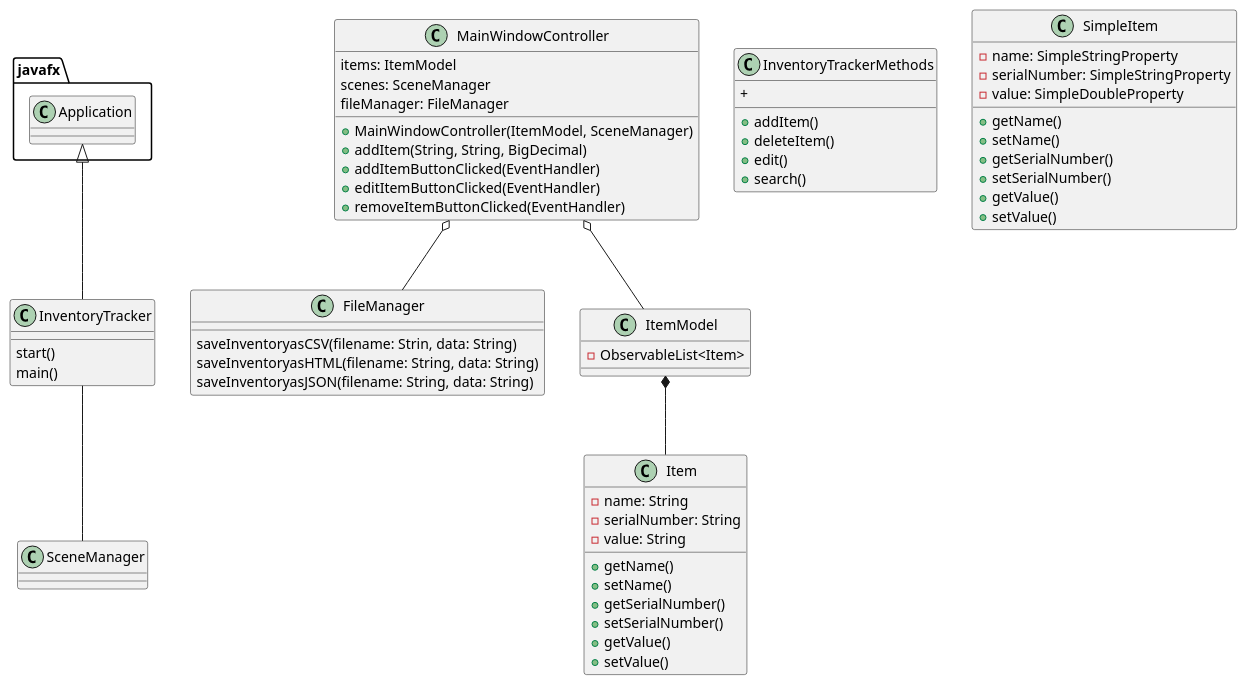
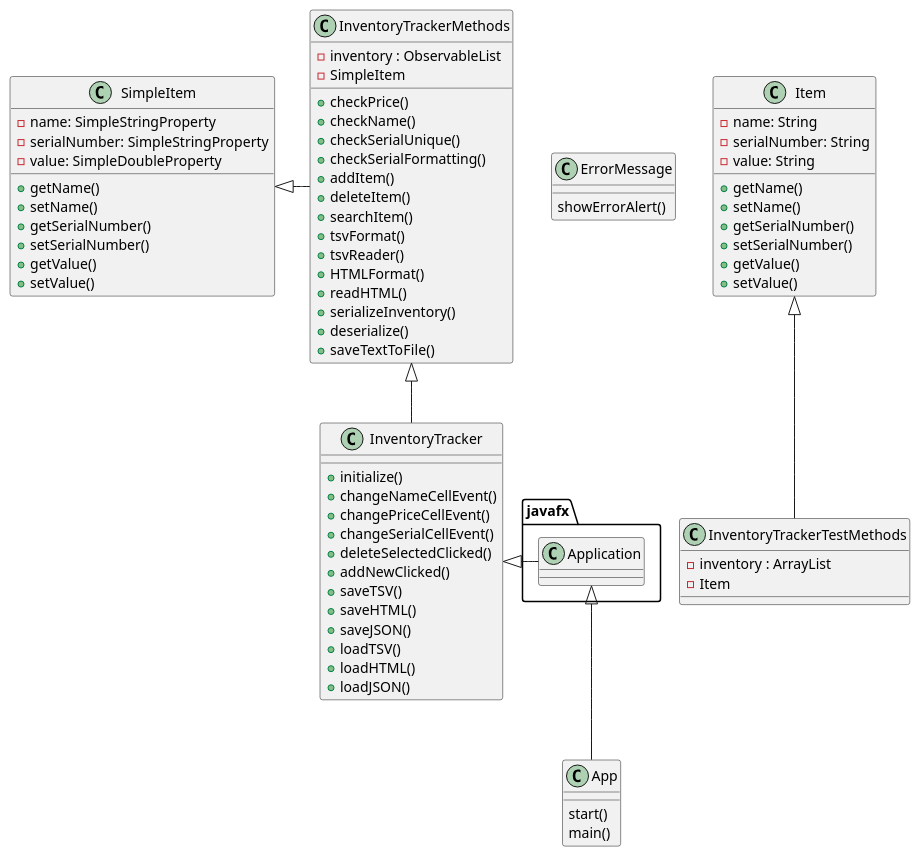
The diagram in uml/diagram.puml (k-narotam/Inventory-Tracker), drawn with PlantUML before and after one commit. The commit also changed 5 other files, not shown here.

```diff
--- a/uml/diagram.puml
+++ b/uml/diagram.puml
@@ -1,77 +1,83 @@
 @startuml
 'https://plantuml.com/class-diagram
 
-class InventoryTracker {
+class App {
     start()
     main()
 }
 
-class MainWindowController {
-    items: ItemModel
-    scenes: SceneManager
-    fileManager: FileManager
-    + MainWindowController(ItemModel, SceneManager)
-    + addItem(String, String, BigDecimal)
-    + addItemButtonClicked(EventHandler)
-    + editItemButtonClicked(EventHandler)
-    + removeItemButtonClicked(EventHandler)
+class ErrorMessage {
+    showErrorAlert()
+}
 
+class InventoryTracker {
+    + initialize()
+    + changeNameCellEvent()
+    + changePriceCellEvent()
+    + changeSerialCellEvent()
+    + deleteSelectedClicked()
+    + addNewClicked()
+    + saveTSV()
+    + saveHTML()
+    + saveJSON()
+    + loadTSV()
+    + loadHTML()
+    +loadJSON()
 }
 
 class InventoryTrackerMethods {
-    +addItem()
-    +deleteItem()
-    +edit()
-    +search()
-    +
-
-
+    - inventory : ObservableList
+    - SimpleItem
+    + checkPrice()
+    + checkName()
+    + checkSerialUnique()
+    + checkSerialFormatting()
+    + addItem()
+    + deleteItem()
+    + searchItem()
+    + tsvFormat()
+    + tsvReader()
+    + HTMLFormat()
+    + readHTML()
+    + serializeInventory()
+    + deserialize()
+    + saveTextToFile()
 }
 
-
-class FileManager {
-    saveInventoryasCSV(filename: Strin, data: String)
-    saveInventoryasHTML(filename: String, data: String)
-    saveInventoryasJSON(filename: String, data: String)
-   }
-
-
-
-class ItemModel {
-    - ObservableList<Item>
+class InventoryTrackerTestMethods {
+    - inventory : ArrayList
+    - Item
 }
 
 class Item {
     - name: String
     - serialNumber: String
     - value: String
 
-    +getName()
-    +setName()
-    +getSerialNumber()
-    +setSerialNumber()
-    +getValue()
-    +setValue()
+    + getName()
+    + setName()
+    + getSerialNumber()
+    + setSerialNumber()
+    + getValue()
+    + setValue()
 }
 
 class SimpleItem {
     - name: SimpleStringProperty
     - serialNumber: SimpleStringProperty
     - value: SimpleDoubleProperty
 
-    +getName()
-    +setName()
-    +getSerialNumber()
-    +setSerialNumber()
-    +getValue()
-    +setValue()
+    + getName()
+    + setName()
+    + getSerialNumber()
+    + setSerialNumber()
+    + getValue()
+    + setValue()
 }
 
-InventoryTracker -- SceneManager
-javafx.Application <|-- InventoryTracker
-
-MainWindowController o-- ItemModel
-
-MainWindowController o-- FileManager
-ItemModel *-- Item
+javafx.Application <|-- App
+SimpleItem <|- InventoryTrackerMethods
+InventoryTrackerMethods <|-- InventoryTracker
+Item <|-- InventoryTrackerTestMethods
+InventoryTracker <|- javafx.Application
 @enduml
```
